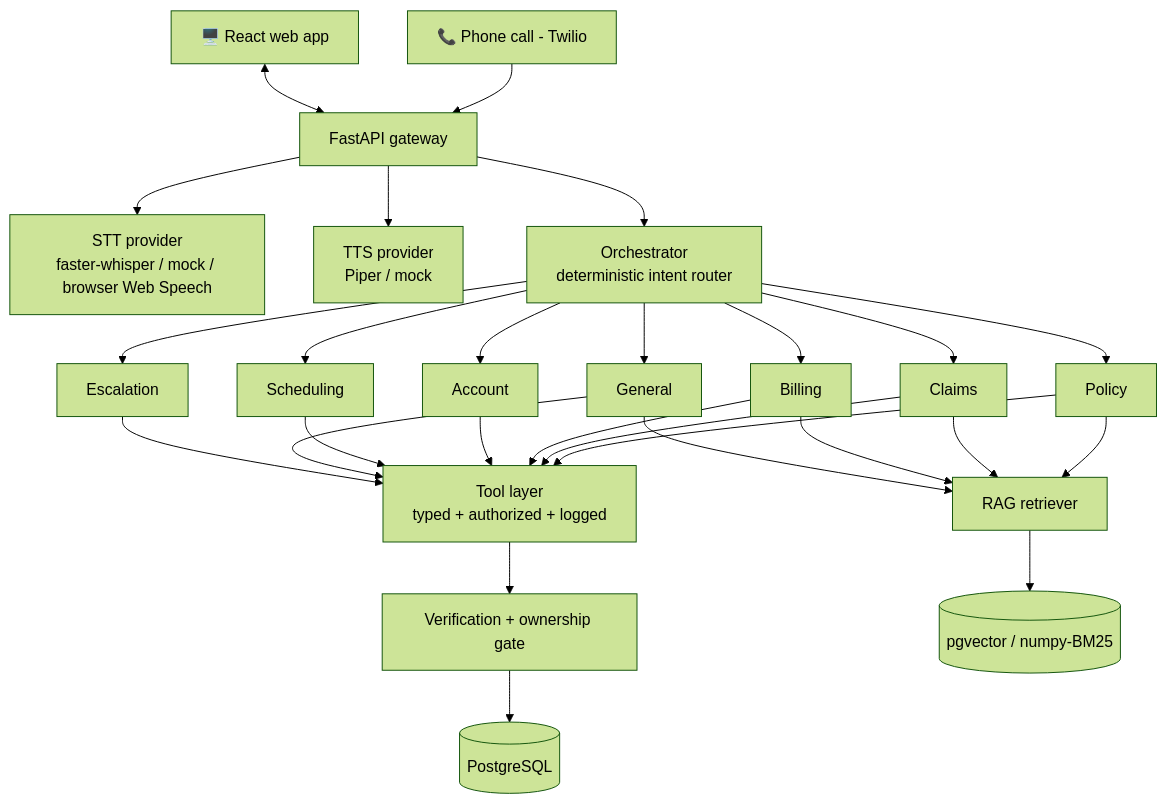
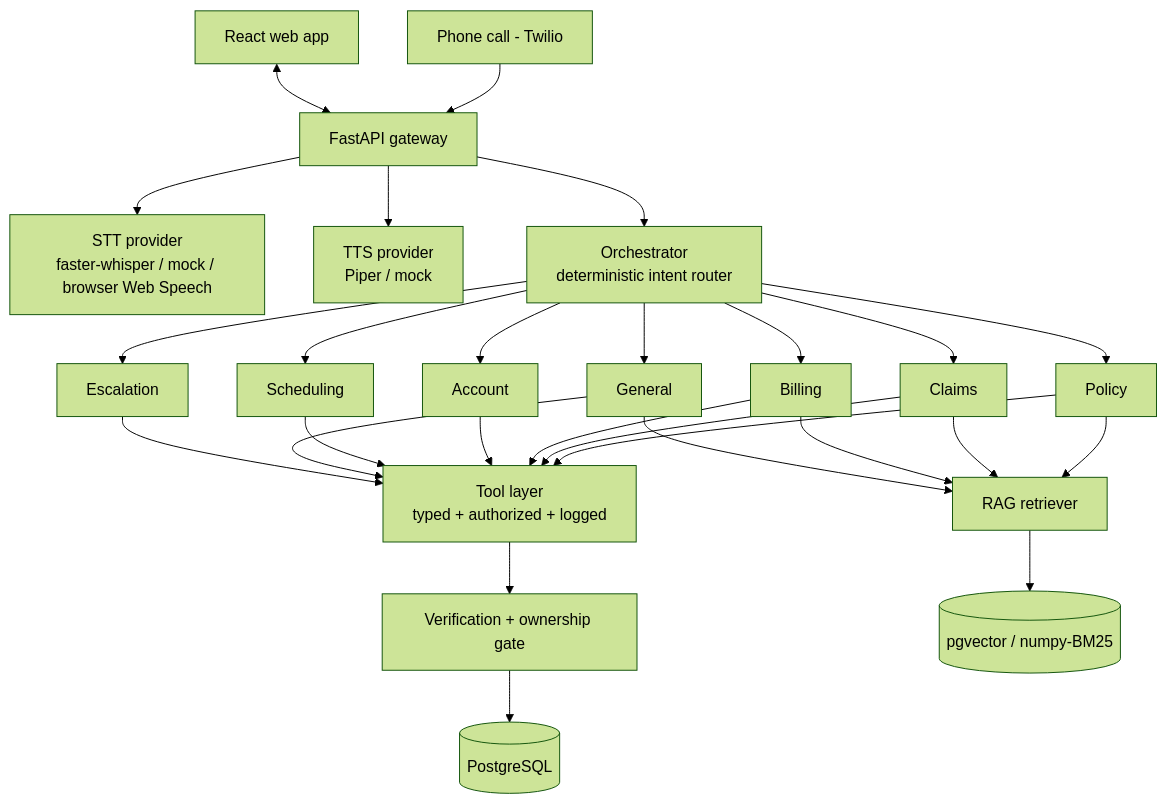
The diagram in README.md (John-Jepsen/assured), drawn with Mermaid (forest theme) before and after one commit. The commit also changed other lines of this file and 6 other files, not shown here.

Commit message:
Remove all emoji (README, mermaid, mic button, eval output); keep typographic arrows

````diff
--- a/README.md
+++ b/README.md
@@ -74,20 +74,20 @@
 ```mermaid
 flowchart TD
-    Phone[📞 Phone call - Twilio] --> API
-    Web[🖥️ React web app] <--> API[FastAPI gateway]
+    Phone[Phone call - Twilio] --> API
+    Web[React web app] <--> API[FastAPI gateway]
     API --> STT[STT provider<br/>faster-whisper / mock / browser Web Speech]
     API --> TTS[TTS provider<br/>Piper / mock]
     API --> ORCH[Orchestrator<br/>deterministic intent router]
     ORCH --> POL[Policy]
     ORCH --> CLM[Claims]
     ORCH --> BIL[Billing]
     ORCH --> ACC[Account]
     ORCH --> SCH[Scheduling]
     ORCH --> GEN[General]
     ORCH --> ESC[Escalation]
     POL & CLM & BIL & ACC & SCH & GEN & ESC --> TOOLS[Tool layer<br/>typed + authorized + logged]
     POL & CLM & BIL & GEN --> RAG[RAG retriever]
     TOOLS --> AUTHZ[Verification + ownership gate]
     AUTHZ --> DB[(PostgreSQL)]
     RAG --> VEC[(pgvector / numpy-BM25)]
 ```
````
